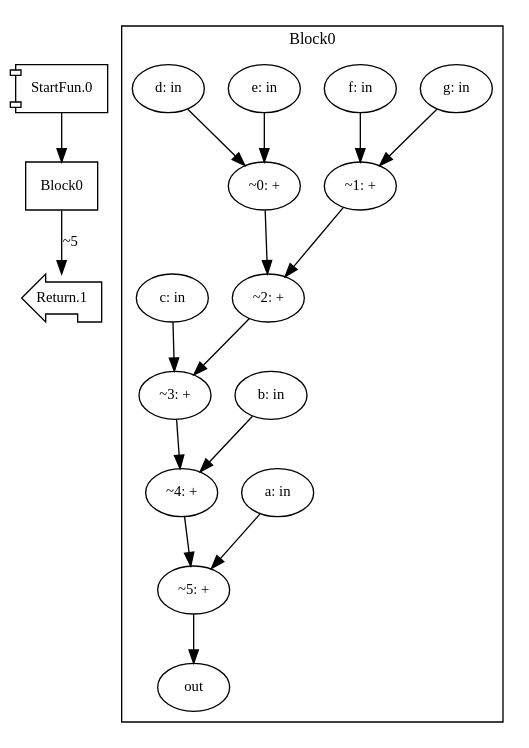
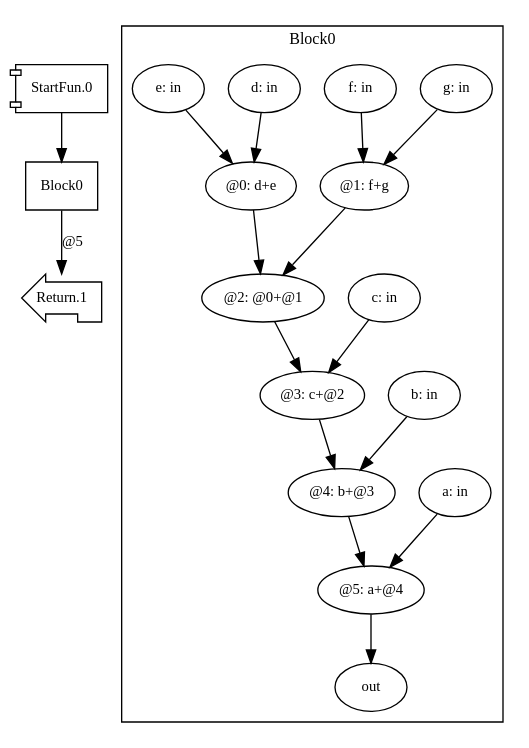
The diagram in dist/add7.dot (akouryy/SyntheScala), drawn with Graphviz before and after one commit. The commit also changed 5 other files, not shown here.

Commit message:
Improve graph drawer

```diff
--- a/dist/add7.dot
+++ b/dist/add7.dot
@@ -1,13 +1,13 @@
 digraph Program_ {
 graph [fontname = "Monaco", fontsize = 12, ranksep = 0.5];
 node [shape = box, fontname = "Monaco", fontsize = 11; colorscheme = pastel19];
 edge [fontname = "Monaco", fontsize = 11; colorscheme = pastel19];
 Jump0[label = "StartFun.0"; shape = component];
 Jump0 -> Block0;
 Jump1[label = "Return.1"; shape = lpromoter];
-Block0 -> Jump1 [label="~5"];
+Block0 -> Jump1 [label="@5"];
 Block0 [label = "Block0"];
 subgraph cluster_dfg_Block0{
 node [shape = oval];
 label = "Block0";
-ndBlock0_0 [label="~0: +"];ndBlock0_1 [label="~1: +"];ndBlock0_2 [label="~2: +"];ndBlock0_3 [label="g: in"];ndBlock0_4 [label="f: in"];ndBlock0_5 [label="a: in"];ndBlock0_6 [label="e: in"];ndBlock0_7 [label="b: in"];ndBlock0_8 [label="~5: +"];ndBlock0_9 [label="d: in"];ndBlock0_10 [label="~3: +"];ndBlock0_11 [label="c: in"];ndBlock0_12 [label="~4: +"];ndBlock0_13 [label="out"];ndBlock0_0 -> ndBlock0_2; ndBlock0_1 -> ndBlock0_2; ndBlock0_2 -> ndBlock0_10; ndBlock0_3 -> ndBlock0_1; ndBlock0_4 -> ndBlock0_1; ndBlock0_5 -> ndBlock0_8; ndBlock0_6 -> ndBlock0_0; ndBlock0_7 -> ndBlock0_12; ndBlock0_8 -> ndBlock0_13; ndBlock0_9 -> ndBlock0_0; ndBlock0_10 -> ndBlock0_12; ndBlock0_11 -> ndBlock0_10; ndBlock0_12 -> ndBlock0_8; }}
+ndBlock0_0 [label="g: in"];ndBlock0_1 [label="f: in"];ndBlock0_2 [label="a: in"];ndBlock0_3 [label="b: in"];ndBlock0_4 [label="@5: a+@4"];ndBlock0_5 [label="@0: d+e"];ndBlock0_6 [label="d: in"];ndBlock0_7 [label="@1: f+g"];ndBlock0_8 [label="c: in"];ndBlock0_9 [label="out"];ndBlock0_10 [label="@4: b+@3"];ndBlock0_11 [label="@2: @0+@1"];ndBlock0_12 [label="e: in"];ndBlock0_13 [label="@3: c+@2"];ndBlock0_3 -> ndBlock0_10; ndBlock0_13 -> ndBlock0_10; ndBlock0_0 -> ndBlock0_7; ndBlock0_1 -> ndBlock0_7; ndBlock0_5 -> ndBlock0_11; ndBlock0_7 -> ndBlock0_11; ndBlock0_8 -> ndBlock0_13; ndBlock0_11 -> ndBlock0_13; ndBlock0_4 -> ndBlock0_9; ndBlock0_2 -> ndBlock0_4; ndBlock0_10 -> ndBlock0_4; ndBlock0_6 -> ndBlock0_5; ndBlock0_12 -> ndBlock0_5; }}
```
